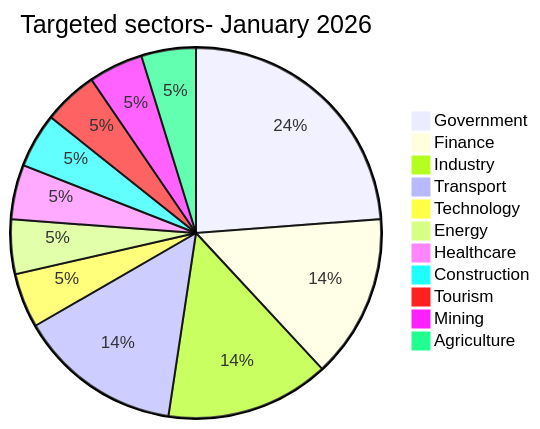
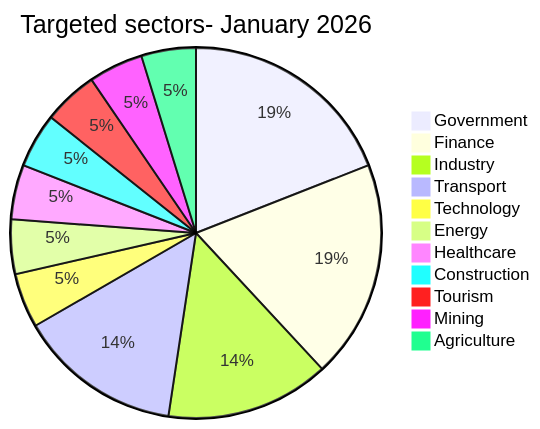
The third of 3 diagrams in statistics/2026/01-january/README.md (Hatchepsoute/AFRINTEL), drawn with Mermaid before and after one commit. The commit also changed other lines of this file and 39 other files, not shown here.

````diff
--- a/statistics/2026/01-january/README.md
+++ b/statistics/2026/01-january/README.md
@@ -154,15 +155,15 @@
 ```mermaid
 pie
 title Targeted sectors- January 2026
-"Government" : 5
-"Finance" : 3
+"Government" : 4
+"Finance" : 4
 "Industry" : 3
 "Transport" : 3
 "Technology" : 1
 "Energy" : 1
 "Healthcare" : 1
 "Construction" : 1
 "Tourism" : 1
 "Mining" : 1
 "Agriculture" : 1
 ```
````
